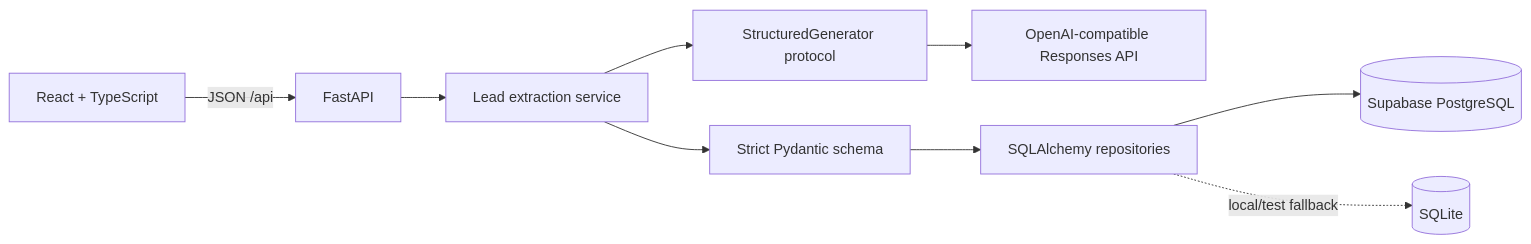
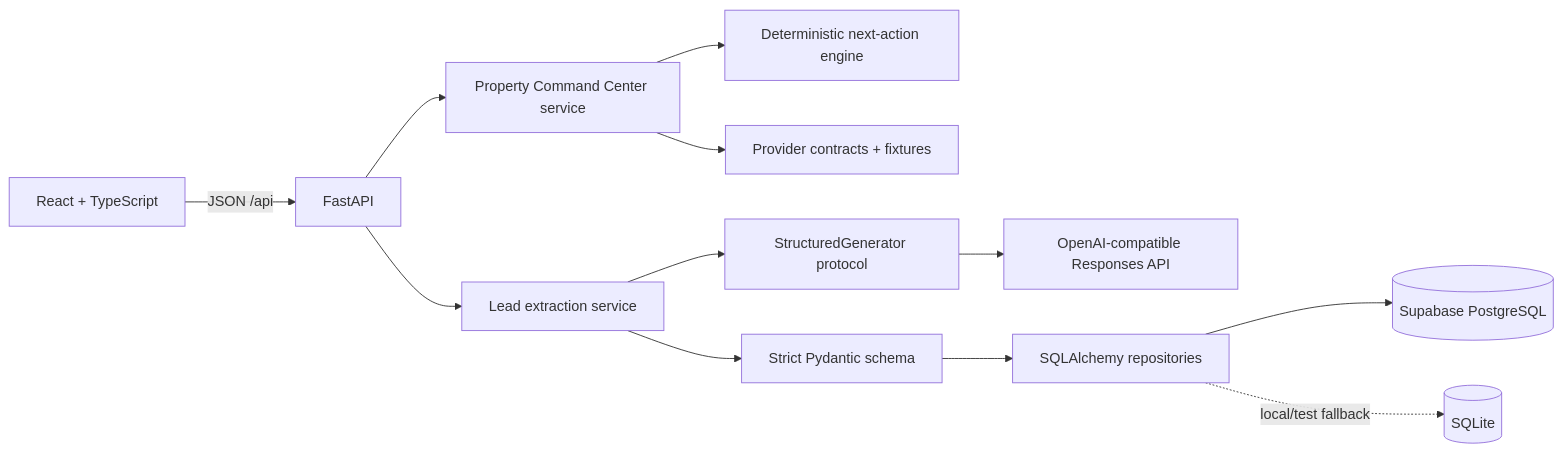
Before and after one commit to Trees022/arriendate-intelligence: the diagram in README.md, drawn with Mermaid. The commit also changed other lines of this file and 66 other files, not shown here.

Commit message:
feat: add property operations command center

````diff
--- a/README.md
+++ b/README.md
@@ -21,11 +30,14 @@
 ```mermaid
 flowchart LR
     Browser[React + TypeScript] -->|JSON /api| API[FastAPI]
+    API --> Command[Property Command Center service]
+    Command --> Actions[Deterministic next-action engine]
+    Command --> Integrations[Provider contracts + fixtures]
     API --> Extraction[Lead extraction service]
     Extraction --> Provider[StructuredGenerator protocol]
     Provider --> Responses[OpenAI-compatible Responses API]
     Extraction --> Validation[Strict Pydantic schema]
     Validation --> Repository[SQLAlchemy repositories]
     Repository --> DB[(Supabase PostgreSQL)]
     Repository -. local/test fallback .-> SQLite[(SQLite)]
 ```
````
